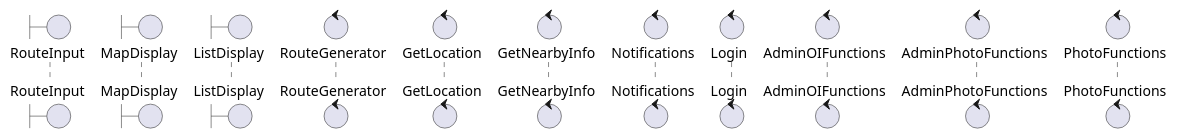
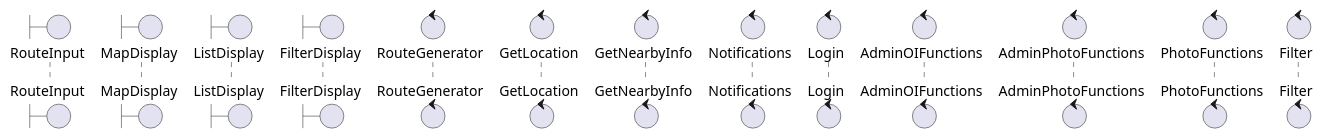
One commit to Jennglebell/CZ2006-AAAAAA changed the diagram in lab2/Control Boundary.puml. Above: the diagram before and after it, drawn with PlantUML. The commit also changed 1 other file, not shown here.

```diff
--- a/lab2/Control Boundary.puml
+++ b/lab2/Control Boundary.puml
@@ -1,13 +1,15 @@
 @startuml Control Boundary
 boundary RouteInput
 boundary MapDisplay
 boundary ListDisplay
+boundary FilterDisplay
 control RouteGenerator
 control GetLocation
 control GetNearbyInfo
 control Notifications
 control Login
 control AdminOIFunctions
 control AdminPhotoFunctions
 control PhotoFunctions
+control Filter
 @enduml
```
